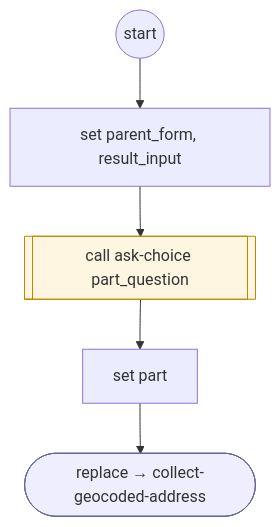
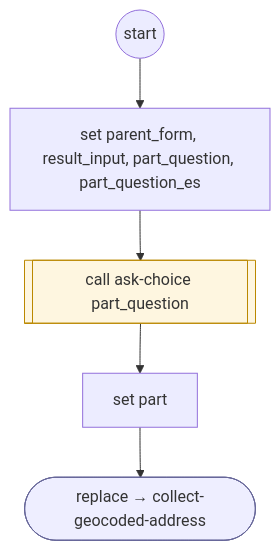
One commit to ronpinkas/jsfe changed the diagram in docs/flows/system/collect-geocoded-address-declined.md. Above: the diagram before and after it, drawn with Mermaid. The commit also changed 5 other files, not shown here.

Commit message:
jsfe flows: reference copy of the prod shared sets from AIDevelopment 5f229e0

````diff
--- a/docs/flows/system/collect-geocoded-address-declined.md
+++ b/docs/flows/system/collect-geocoded-address-declined.md
@@ -16,18 +16,18 @@
 ```mermaid
 flowchart TD
    START(("start"))
-   n0["set parent_form, result_input"]
+   n0["set parent_form, result_input, part_question, part_question_es"]
    START --> n0
    n1[["call ask-choice part_question"]]
    class n1 flowstep
    n0 --> n1
    n2["set part"]
    n1 --> n2
    n3(["replace → collect-geocoded-address"])
    class n3 endstep
    n2 --> n3
    classDef endstep fill:#eef,stroke:#669
    classDef toolstep fill:#efe,stroke:#696
    classDef flowstep fill:#fef6e0,stroke:#b80
    classDef inputstep fill:#f3eefc,stroke:#75a
 ```
````
